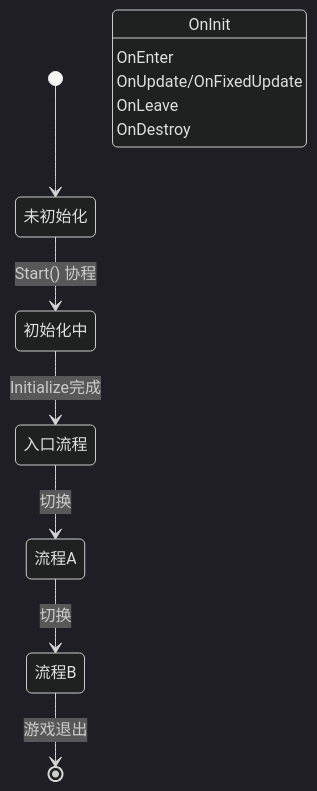
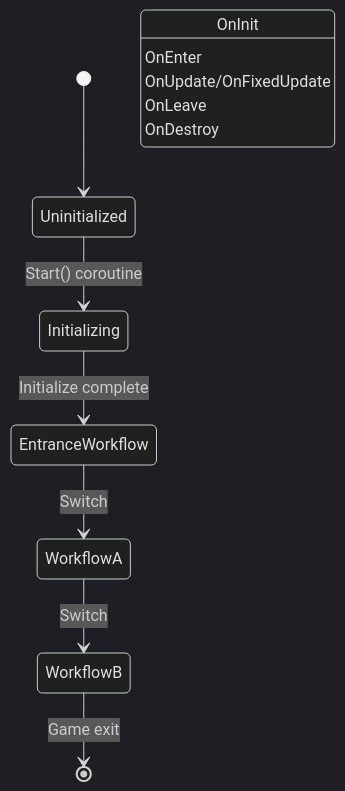
Before and after one commit to AlianBlank/GameFrameX.Docs: the second of 2 diagrams in docs/en/client/unity/component/procedure/08.procedure-component.md, drawn with Mermaid (dark theme). The commit also changed other lines of this file and 242 other files, not shown here.

````diff
--- a/docs/en/client/unity/component/procedure/08.procedure-component.md
+++ b/docs/en/client/unity/component/procedure/08.procedure-component.md
@@ -179,15 +179,15 @@
 ```mermaid
 stateDiagram-v2
-    [*] --> 未初始化
-    未初始化 --> 初始化中: Start() 协程
-    初始化中 --> 入口流程: Initialize完成
-    入口流程 --> 流程A: 切换
-    流程A --> 流程B: 切换
-    流程B --> [*]: 游戏退出
-    
-    状态: OnInit
-    状态: OnEnter
-    状态: OnUpdate/OnFixedUpdate
-    状态: OnLeave
-    状态: OnDestroy
+    [*] --> Uninitialized
+    Uninitialized --> Initializing: Start() coroutine
+    Initializing --> EntranceWorkflow: Initialize complete
+    EntranceWorkflow --> WorkflowA: Switch
+    WorkflowA --> WorkflowB: Switch
+    WorkflowB --> [*]: Game exit
+
+    State: OnInit
+    State: OnEnter
+    State: OnUpdate/OnFixedUpdate
+    State: OnLeave
+    State: OnDestroy
 ```
````
